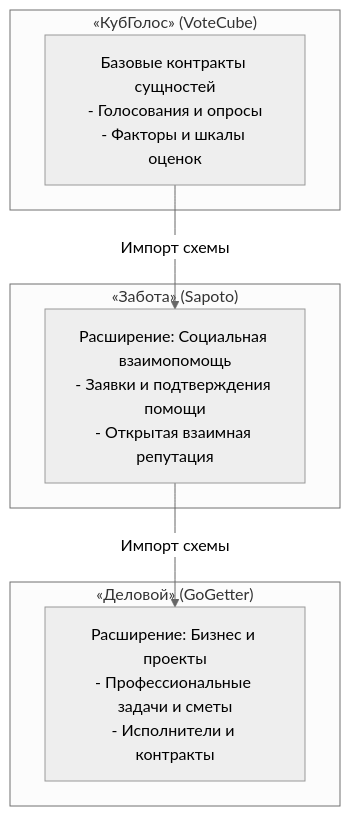
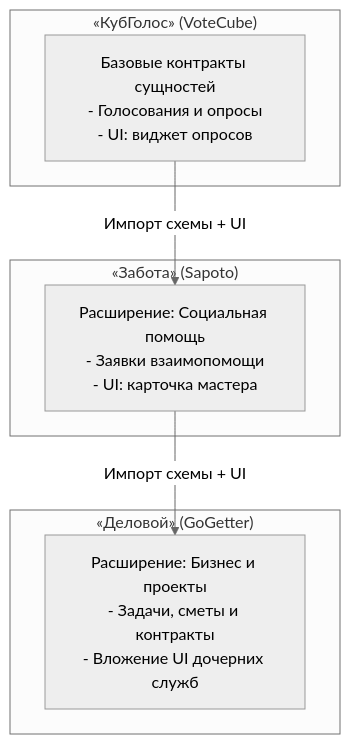
Before and after one commit to Data-Independence-Network/presentations: the eighth of 9 diagrams in architecture_presentations/03_app_framework_and_sdk/docs/presentation_deck.md, drawn with Mermaid (neutral theme). The commit also changed other lines of this file and 75 other files, not shown here.

```diff
--- a/architecture_presentations/03_app_framework_and_sdk/docs/presentation_deck.md
+++ b/architecture_presentations/03_app_framework_and_sdk/docs/presentation_deck.md
@@ -666,17 +666,17 @@
         <div class="mermaid">
 graph TB
     subgraph CoreApp["«КубГолос» (VoteCube)"]
-        VoteSchema["Базовые контракты сущностей<br/>- Голосования и опросы<br/>- Факторы и шкалы оценок"]
+        VoteSchema["Базовые контракты сущностей<br/>- Голосования и опросы<br/>- UI: виджет опросов"]
     end
 
     subgraph CareApp["«Забота» (Sapoto)"]
-        CareSchema["Расширение: Социальная взаимопомощь<br/>- Заявки и подтверждения помощи<br/>- Открытая взаимная репутация"]
+        CareSchema["Расширение: Социальная помощь<br/>- Заявки взаимопомощи<br/>- UI: карточка мастера"]
     end
 
     subgraph BizApp["«Деловой» (GoGetter)"]
-        BizSchema["Расширение: Бизнес и проекты<br/>- Профессиональные задачи и сметы<br/>- Исполнители и контракты"]
+        BizSchema["Расширение: Бизнес и проекты<br/>- Задачи, сметы и контракты<br/>- Вложение UI дочерних служб"]
     end
 
-    VoteSchema -->|Импорт схемы| CareSchema
-    CareSchema -->|Импорт схемы| BizSchema
+    VoteSchema -->|Импорт схемы + UI| CareSchema
+    CareSchema -->|Импорт схемы + UI| BizSchema
         </div>
```
